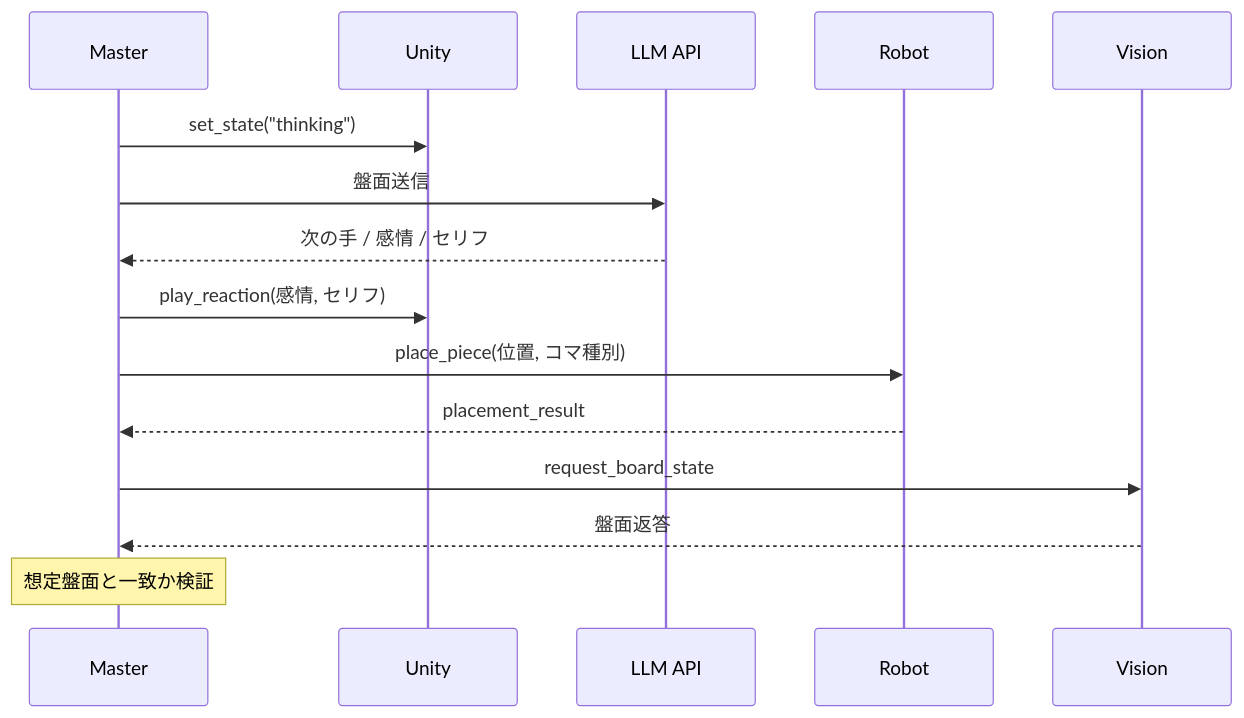
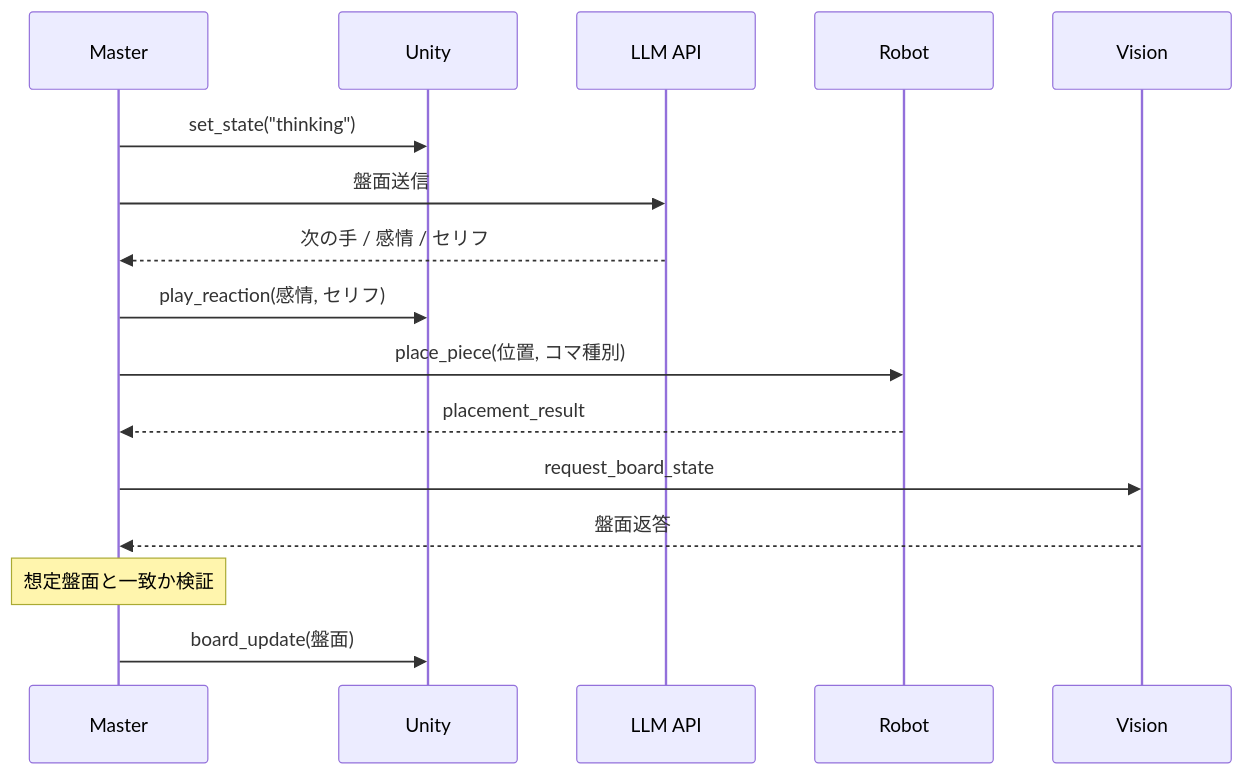
The third of 5 diagrams in master/README.md (KU-PAC/ai-agent-ttt-exhibition), drawn with Mermaid before and after one commit. The commit also changed other lines of this file and 9 other files, not shown here.

````diff
--- a/master/README.md
+++ b/master/README.md
@@ -92,18 +93,19 @@
 ```mermaid
 sequenceDiagram
     participant M as Master
     participant U as Unity
     participant LLM as LLM API
     participant R as Robot
     participant V as Vision
 
     M->>U: set_state("thinking")
     M->>LLM: 盤面送信
     LLM-->>M: 次の手 / 感情 / セリフ
     M->>U: play_reaction(感情, セリフ)
     M->>R: place_piece(位置, コマ種別)
     R-->>M: placement_result
     M->>V: request_board_state
     V-->>M: 盤面返答
     Note over M: 想定盤面と一致か検証
+    M->>U: board_update(盤面)
 ```
````
